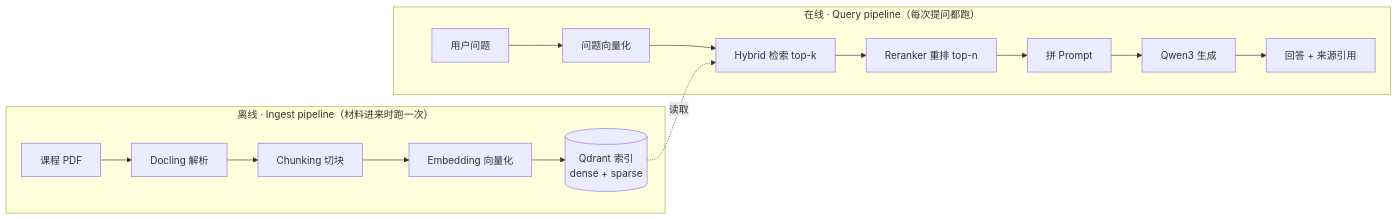
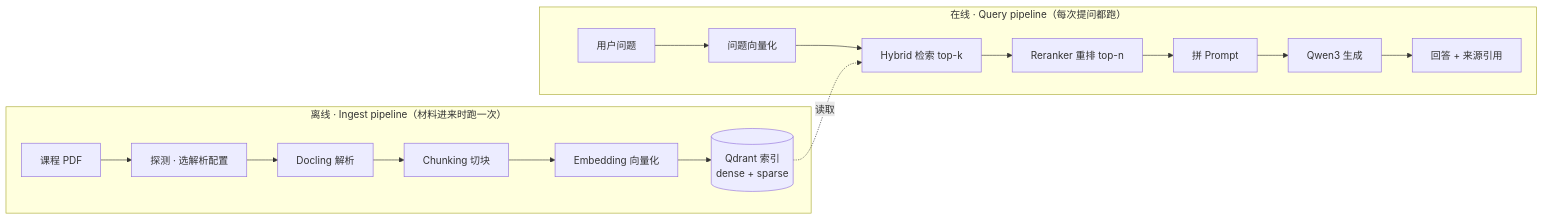
One commit to Zhengjunliang/multilingual-course-assistant changed the first of 6 diagrams in docs/docling-e-pipeline.md. Above: the diagram before and after it, drawn with Mermaid. The commit also changed other lines of this file and 10 other files, not shown here.

````diff
--- a/docs/docling-e-pipeline.md
+++ b/docs/docling-e-pipeline.md
@@ -9,18 +9,19 @@
 ```mermaid
 flowchart LR
     subgraph Offline["离线 · Ingest pipeline（材料进来时跑一次）"]
-        A[课程 PDF] --> B[Docling 解析]
+        A[课程 PDF] --> A0[探测 · 选解析配置]
+        A0 --> B[Docling 解析]
         B --> C[Chunking 切块]
         C --> D[Embedding 向量化]
         D --> E[(Qdrant 索引<br/>dense + sparse)]
     end
     subgraph Online["在线 · Query pipeline（每次提问都跑）"]
         Q[用户问题] --> QE[问题向量化]
         QE --> R[Hybrid 检索 top-k]
         E -.读取.-> R
         R --> RR[Reranker 重排 top-n]
         RR --> P[拼 Prompt]
         P --> L[Qwen3 生成]
         L --> ANS[回答 + 来源引用]
     end
 ```
````
